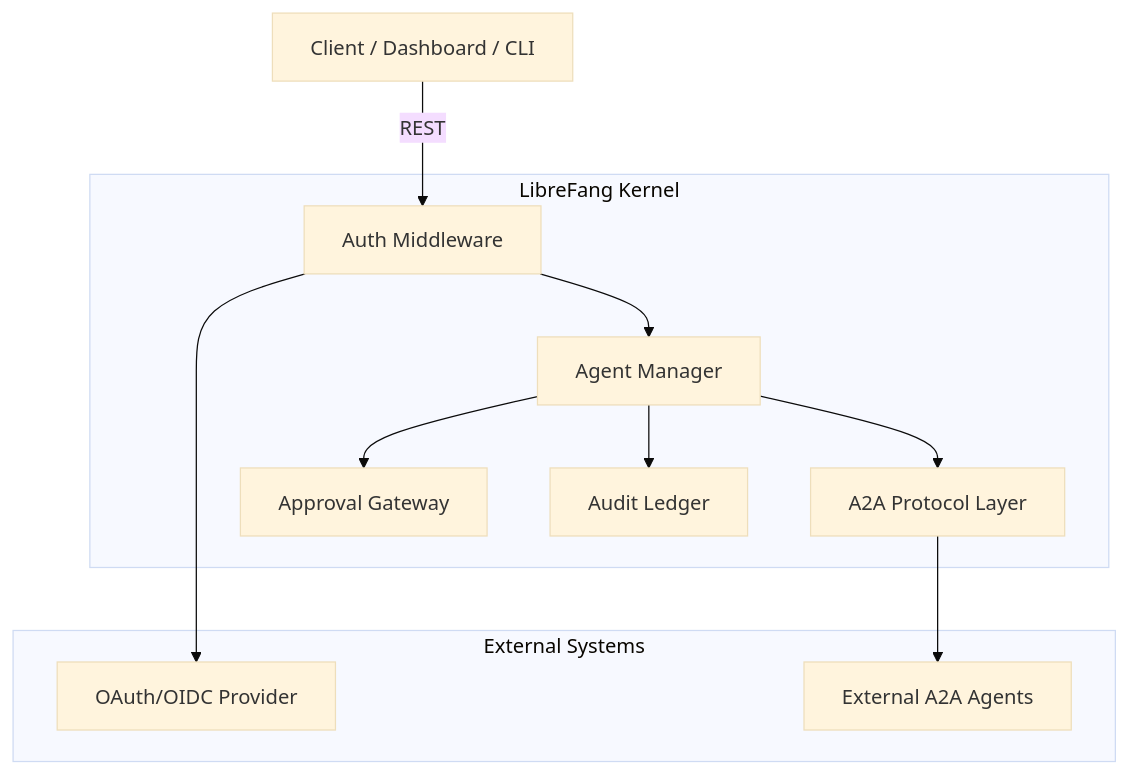
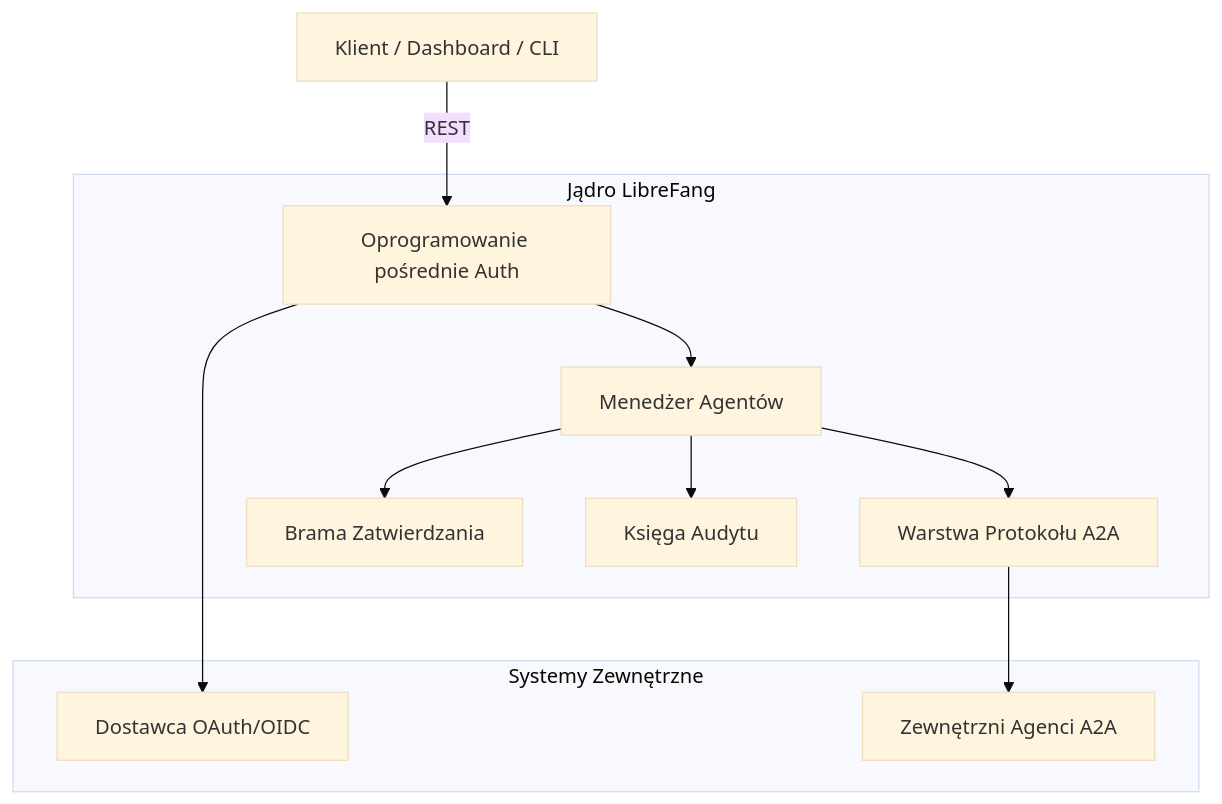
The first of 2 diagrams in root-openapi-json.md (leszek3737/librefang-WIki), drawn with Mermaid (base theme) before and after one commit. The commit also changed other lines of this file and 104 other files, not shown here.

````diff
--- a/root-openapi-json.md
+++ b/root-openapi-json.md
@@ -24,25 +24,25 @@
 ```mermaid
 graph TB
-    Client["Client / Dashboard / CLI"]
+    Client["Klient / Dashboard / CLI"]
     
-    subgraph Kernel["LibreFang Kernel"]
-        Agents["Agent Manager"]
-        A2A["A2A Protocol Layer"]
-        Approvals["Approval Gateway"]
-        Auth["Auth Middleware"]
-        Audit["Audit Ledger"]
+    subgraph Kernel["Jądro LibreFang"]
+        Agents["Menedżer Agentów"]
+        A2A["Warstwa Protokołu A2A"]
+        Approvals["Brama Zatwierdzania"]
+        Auth["Oprogramowanie pośrednie Auth"]
+        Audit["Księga Audytu"]
     end
 
-    subgraph External["External Systems"]
-        IdP["OAuth/OIDC Provider"]
-        ExtA2A["External A2A Agents"]
+    subgraph External["Systemy Zewnętrzne"]
+        IdP["Dostawca OAuth/OIDC"]
+        ExtA2A["Zewnętrzni Agenci A2A"]
     end
 
     Client -->|REST| Auth
     Auth --> Agents
     Agents --> Approvals
     Agents --> A2A
     A2A --> ExtA2A
     Auth --> IdP
     Agents --> Audit
 ```
````
